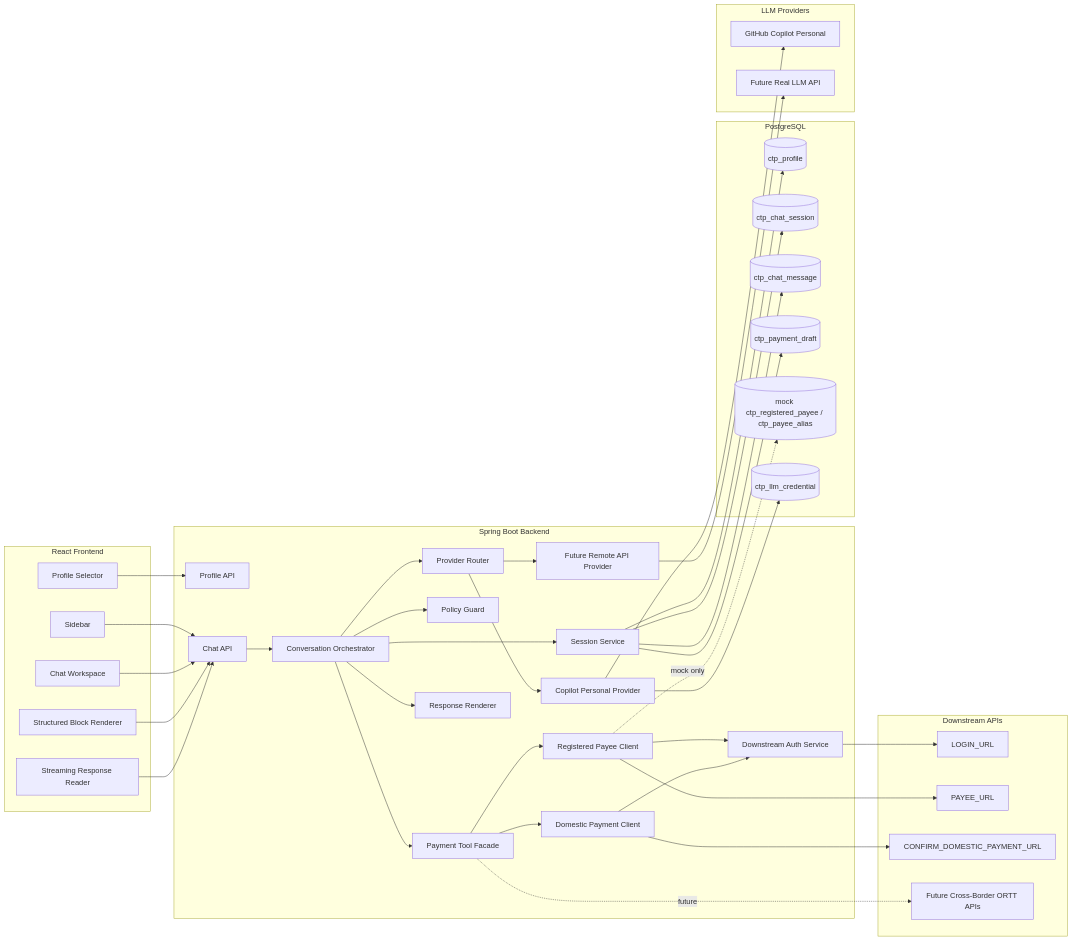
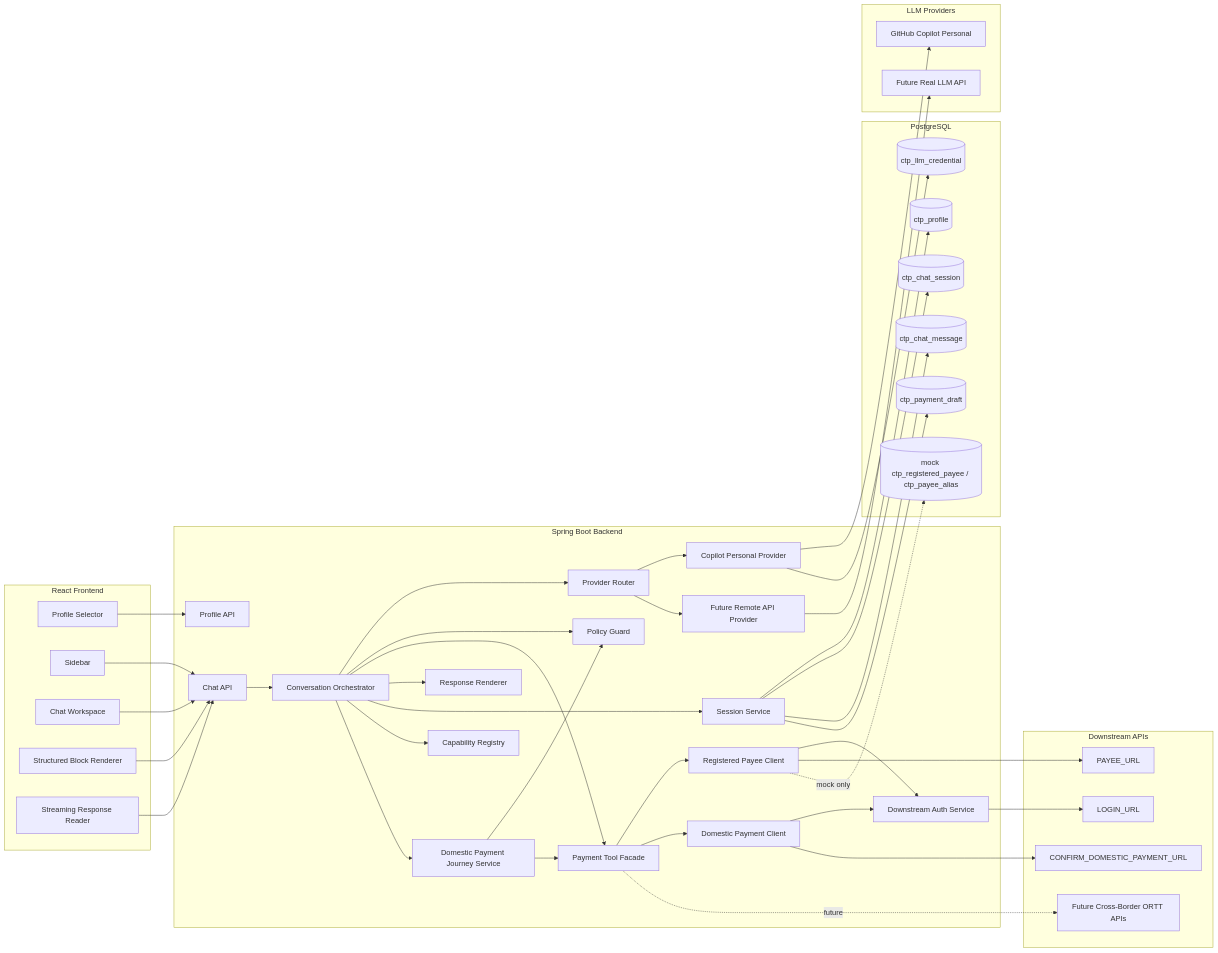
The first of 5 diagrams in docs/01-system_design.md (VictorZhong/chat2pay), drawn with Mermaid before and after one commit. The commit also changed other lines of this file and 27 other files, not shown here.

```diff
--- a/docs/01-system_design.md
+++ b/docs/01-system_design.md
@@ -129,6 +129,8 @@
         BE11["Downstream Auth Service"]
         BE12["Registered Payee Client"]
         BE13["Domestic Payment Client"]
+        BE14["Capability Registry"]
+        BE15["Domestic Payment Journey Service"]
     end
 
     subgraph DB["PostgreSQL"]
@@ -164,6 +166,10 @@
     BE3 --> BE6
     BE3 --> BE7
     BE3 --> BE8
+    BE3 --> BE14
+    BE3 --> BE15
+    BE15 --> BE5
+    BE15 --> BE6
 
     BE4 --> BE9
     BE4 --> BE10
```
